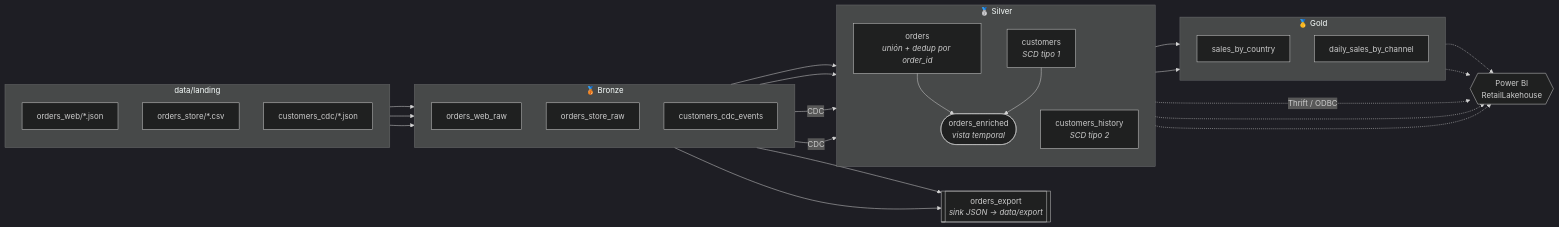
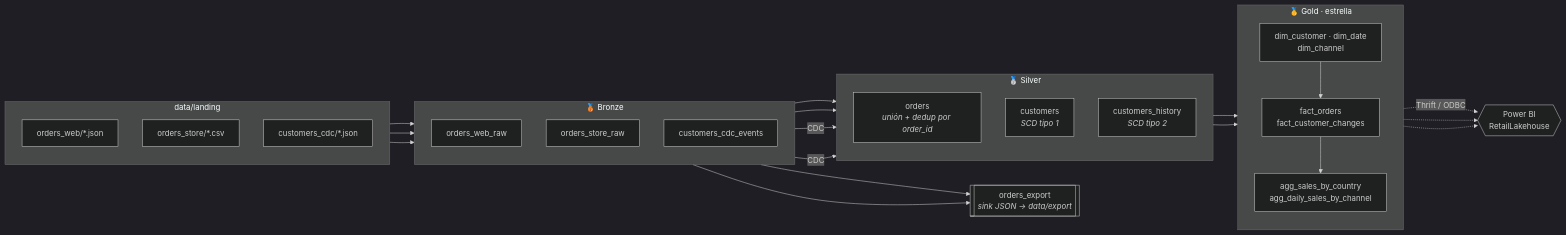
One commit to federicopfund/spark-declarative-pipelines changed the second of 2 diagrams in README.md. Above: the diagram before and after it, drawn with Mermaid (dark theme). The commit also changed other lines of this file and 47 other files, not shown here.

First line of the commit message:
Gold: modelo dimensional en estrella, controles de calidad y estrella en Power BI

````diff
--- a/README.md
+++ b/README.md
@@ -95,56 +95,54 @@
 ```mermaid
 flowchart LR
     subgraph LANDING["data/landing"]
         direction TB
         FW["orders_web/*.json"]
         FS["orders_store/*.csv"]
         FC["customers_cdc/*.json"]
     end
 
     subgraph BRONZE["🥉 Bronze"]
         direction TB
         OWR["orders_web_raw"]
         OSR["orders_store_raw"]
         CCE["customers_cdc_events"]
     end
 
     subgraph SILVER["🥈 Silver"]
         direction TB
         ORD["orders<br/><i>unión + dedup por order_id</i>"]
         CUS["customers<br/><i>SCD tipo 1</i>"]
         HIS["customers_history<br/><i>SCD tipo 2</i>"]
-        ENR(["orders_enriched<br/><i>vista temporal</i>"])
     end
 
-    subgraph GOLD["🥇 Gold"]
+    subgraph GOLD["🥇 Gold · estrella"]
         direction TB
-        SBC["sales_by_country"]
-        DSC["daily_sales_by_channel"]
+        DIM["dim_customer · dim_date<br/>dim_channel"]
+        FCT["fact_orders<br/>fact_customer_changes"]
+        AGG["agg_sales_by_country<br/>agg_daily_sales_by_channel"]
     end
 
     EXP[["orders_export<br/><i>sink JSON → data/export</i>"]]
     PBI{{"Power BI<br/>RetailLakehouse"}}
 
     FW --> OWR
     FS --> OSR
     FC --> CCE
 
     OWR --> ORD
     OSR --> ORD
     CCE -- "CDC" --> CUS
     CCE -- "CDC" --> HIS
 
     OWR --> EXP
     OSR --> EXP
 
-    ORD --> ENR
-    CUS --> ENR
-    ENR --> SBC
-    ENR --> DSC
+    HIS --> DIM
+    ORD --> FCT
+    DIM --> FCT
+    FCT --> AGG
 
-    ORD -. "Thrift / ODBC" .-> PBI
-    CUS -.-> PBI
-    HIS -.-> PBI
-    SBC -.-> PBI
-    DSC -.-> PBI
+    FCT -. "Thrift / ODBC" .-> PBI
+    DIM -.-> PBI
+    AGG -.-> PBI
 ```
````
